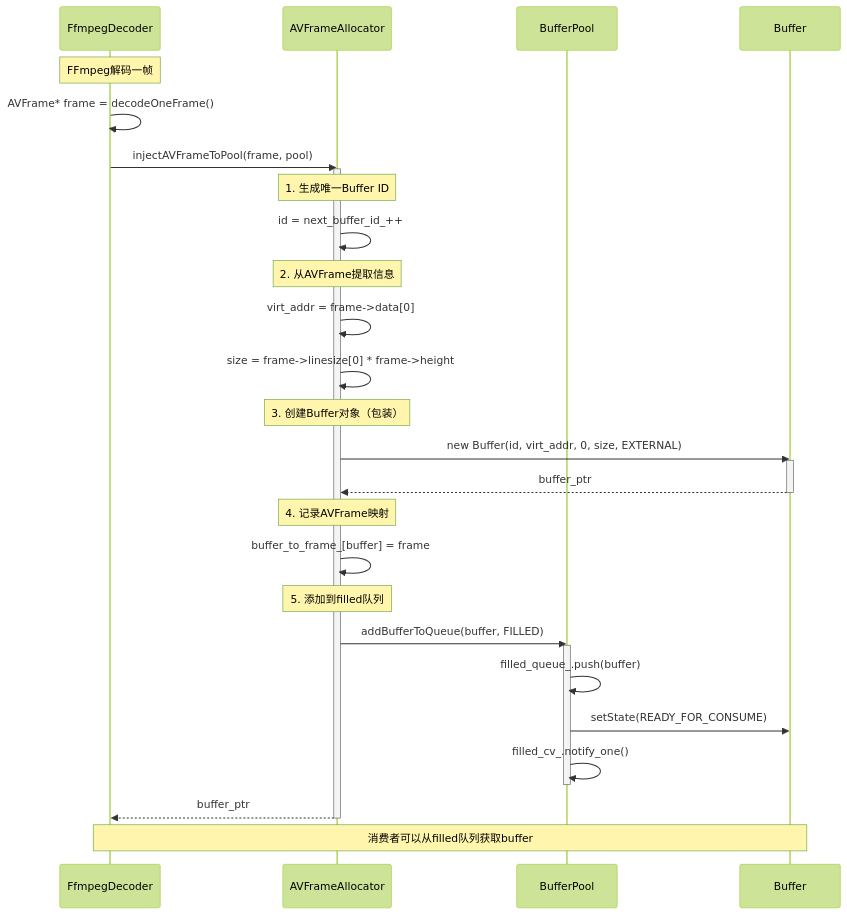
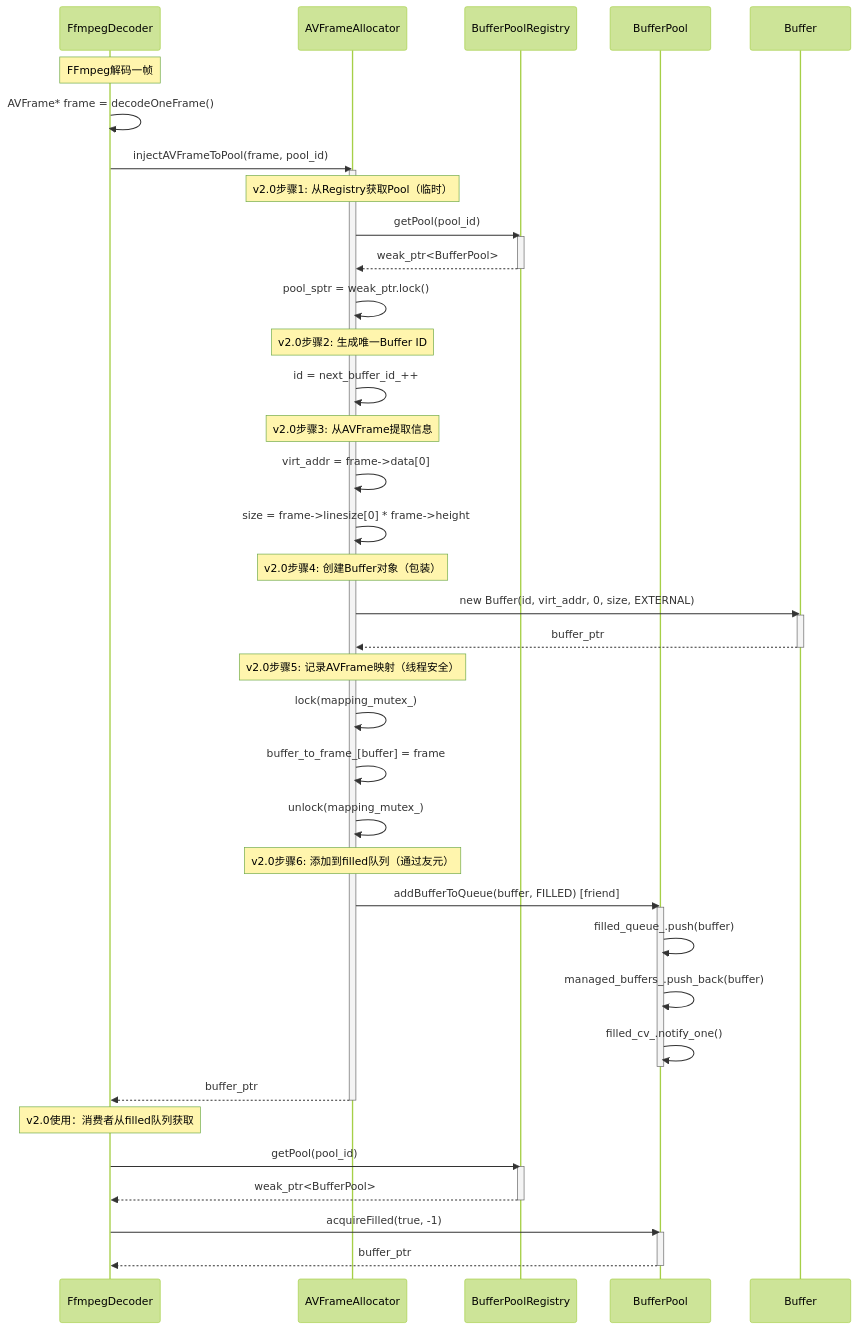
The third of 5 diagrams in include/buffer/allocator/Allocator-subsystem-architecture.md (luoxiafeng-1990/components), drawn with Mermaid (forest theme) before and after one commit. The commit also changed other lines of this file and 14 other files, not shown here.

````diff
--- a/include/buffer/allocator/Allocator-subsystem-architecture.md
+++ b/include/buffer/allocator/Allocator-subsystem-architecture.md
@@ -955,42 +1213,60 @@
 ```mermaid
 sequenceDiagram
     participant Decoder as FfmpegDecoder
     participant Allocator as AVFrameAllocator
+    participant Registry as BufferPoolRegistry
     participant Pool as BufferPool
     participant Buffer as Buffer
     
     Note over Decoder: FFmpeg解码一帧
     Decoder->>Decoder: AVFrame* frame = decodeOneFrame()
     
-    Decoder->>Allocator: injectAVFrameToPool(frame, pool)
+    Decoder->>Allocator: injectAVFrameToPool(frame, pool_id)
     activate Allocator
     
-    Note over Allocator: 1. 生成唯一Buffer ID
+    Note over Allocator: v2.0步骤1: 从Registry获取Pool（临时）
+    Allocator->>Registry: getPool(pool_id)
+    activate Registry
+    Registry-->>Allocator: weak_ptr<BufferPool>
+    deactivate Registry
+    Allocator->>Allocator: pool_sptr = weak_ptr.lock()
+    
+    Note over Allocator: v2.0步骤2: 生成唯一Buffer ID
     Allocator->>Allocator: id = next_buffer_id_++
     
-    Note over Allocator: 2. 从AVFrame提取信息
+    Note over Allocator: v2.0步骤3: 从AVFrame提取信息
     Allocator->>Allocator: virt_addr = frame->data[0]
     Allocator->>Allocator: size = frame->linesize[0] * frame->height
     
-    Note over Allocator: 3. 创建Buffer对象（包装）
+    Note over Allocator: v2.0步骤4: 创建Buffer对象（包装）
     Allocator->>Buffer: new Buffer(id, virt_addr, 0, size, EXTERNAL)
     activate Buffer
     Buffer-->>Allocator: buffer_ptr
     deactivate Buffer
     
-    Note over Allocator: 4. 记录AVFrame映射
+    Note over Allocator: v2.0步骤5: 记录AVFrame映射（线程安全）
+    Allocator->>Allocator: lock(mapping_mutex_)
     Allocator->>Allocator: buffer_to_frame_[buffer] = frame
+    Allocator->>Allocator: unlock(mapping_mutex_)
     
-    Note over Allocator: 5. 添加到filled队列
-    Allocator->>Pool: addBufferToQueue(buffer, FILLED)
+    Note over Allocator: v2.0步骤6: 添加到filled队列（通过友元）
+    Allocator->>Pool: addBufferToQueue(buffer, FILLED) [friend]
     activate Pool
     Pool->>Pool: filled_queue_.push(buffer)
-    Pool->>Buffer: setState(READY_FOR_CONSUME)
+    Pool->>Pool: managed_buffers_.push_back(buffer)
     Pool->>Pool: filled_cv_.notify_one()
     deactivate Pool
     
     Allocator-->>Decoder: buffer_ptr
     deactivate Allocator
     
-    Note over Decoder,Buffer: 消费者可以从filled队列获取buffer
+    Note over Decoder: v2.0使用：消费者从filled队列获取
+    Decoder->>Registry: getPool(pool_id)
+    activate Registry
+    Registry-->>Decoder: weak_ptr<BufferPool>
+    deactivate Registry
+    Decoder->>Pool: acquireFilled(true, -1)
+    activate Pool
+    Pool-->>Decoder: buffer_ptr
+    deactivate Pool
 ```
````
